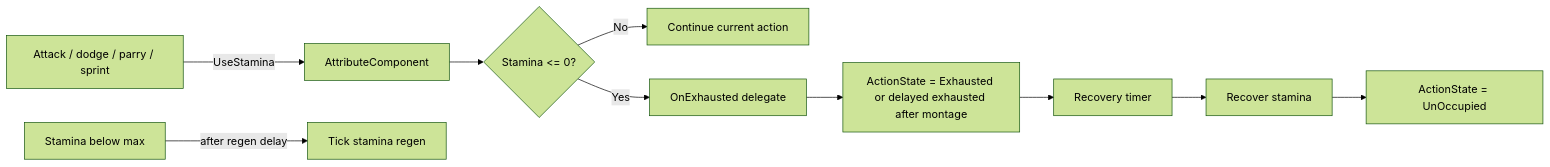
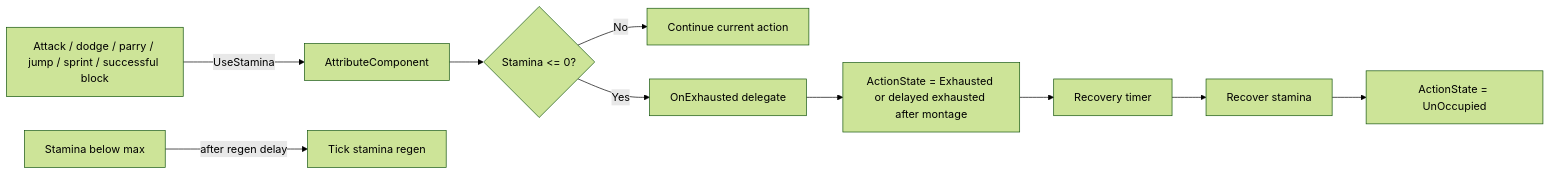
One commit to Kulahala/UE5-Soulslike-Combat changed the second of 6 diagrams in ARCHITECTURE.md. Above: the diagram before and after it, drawn with Mermaid (forest theme). The commit also changed other lines of this file and 14 other files, not shown here.

````diff
--- a/ARCHITECTURE.md
+++ b/ARCHITECTURE.md
@@ -160,13 +169,13 @@
 ```mermaid
 flowchart LR
-    A[Attack / dodge / parry / sprint] -->|UseStamina| B[AttributeComponent]
+    A[Attack / dodge / parry / jump / sprint / successful block] -->|UseStamina| B[AttributeComponent]
     B --> C{Stamina <= 0?}
     C -->|No| D[Continue current action]
     C -->|Yes| E[OnExhausted delegate]
     E --> F[ActionState = Exhausted or delayed exhausted after montage]
     F --> G[Recovery timer]
     G --> H[Recover stamina]
     H --> I[ActionState = UnOccupied]
 
     J[Stamina below max] -->|after regen delay| K[Tick stamina regen]
 ```
````
